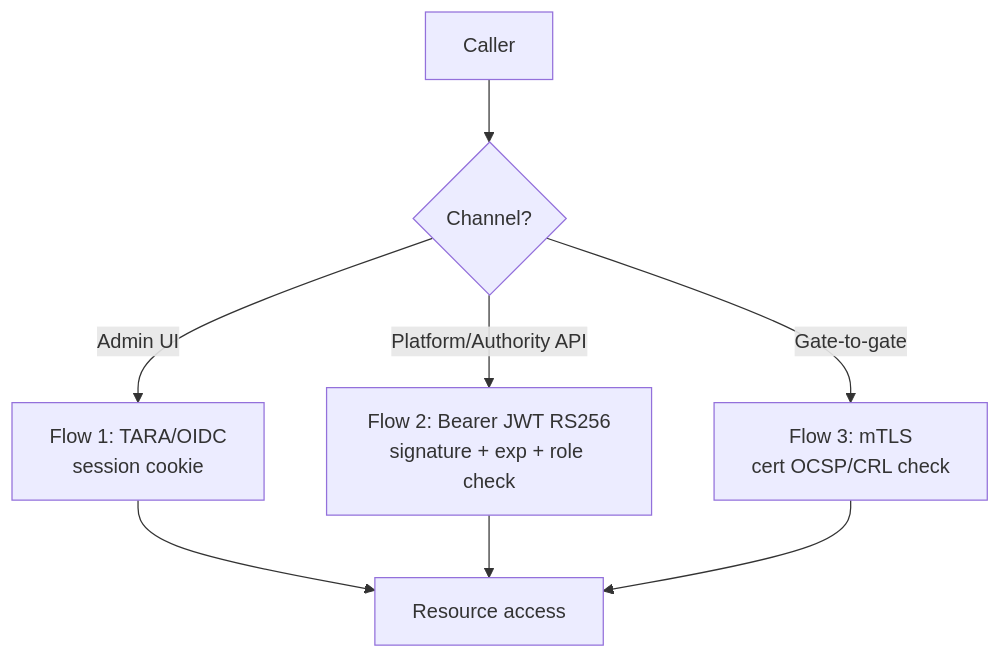
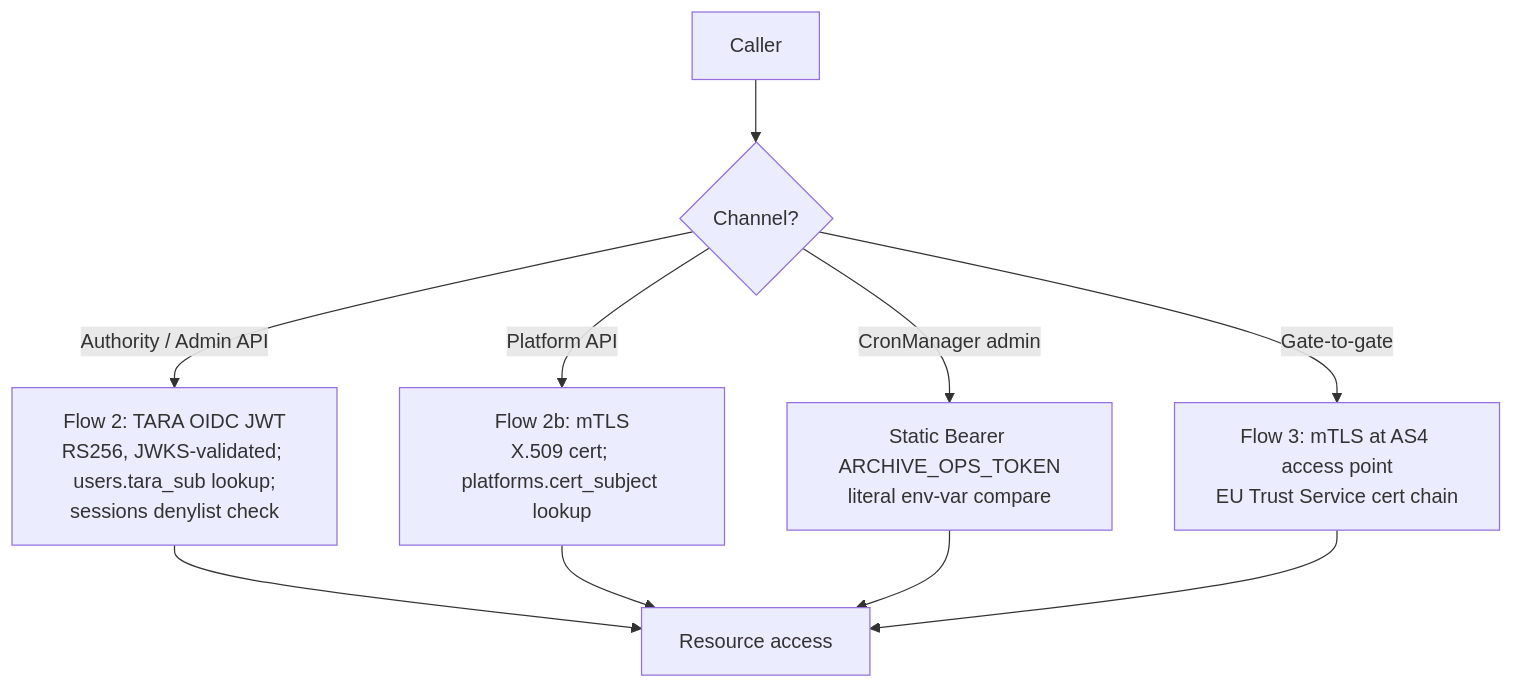
The first of 5 diagrams in docs/epics/epic_23_en.md (kemit-ee/efti-gate-ee), drawn with Mermaid before and after one commit. The commit also changed other lines of this file and 17 other files, not shown here.

````diff
--- a/docs/epics/epic_23_en.md
+++ b/docs/epics/epic_23_en.md
@@ -13,10 +13,12 @@
 ```mermaid
 flowchart TD
     Caller[Caller] --> Type{Channel?}
-    Type -- Admin UI --> F1[Flow 1: TARA/OIDC<br/>session cookie]
-    Type -- Platform/Authority API --> F2[Flow 2: Bearer JWT RS256<br/>signature + exp + role check]
-    Type -- Gate-to-gate --> F3[Flow 3: mTLS<br/>cert OCSP/CRL check]
-    F1 --> Allow[Resource access]
-    F2 --> Allow
+    Type -- Authority / Admin API --> F2[Flow 2: TARA OIDC JWT<br/>RS256, JWKS-validated; users.tara_sub lookup;<br/>sessions denylist check]
+    Type -- Platform API --> F2b[Flow 2b: mTLS<br/>X.509 cert; platforms.cert_subject lookup]
+    Type -- CronManager admin --> Fops[Static Bearer ARCHIVE_OPS_TOKEN<br/>literal env-var compare]
+    Type -- Gate-to-gate --> F3[Flow 3: mTLS at AS4 access point<br/>EU Trust Service cert chain]
+    F2 --> Allow[Resource access]
+    F2b --> Allow
+    Fops --> Allow
     F3 --> Allow
 ```
````
